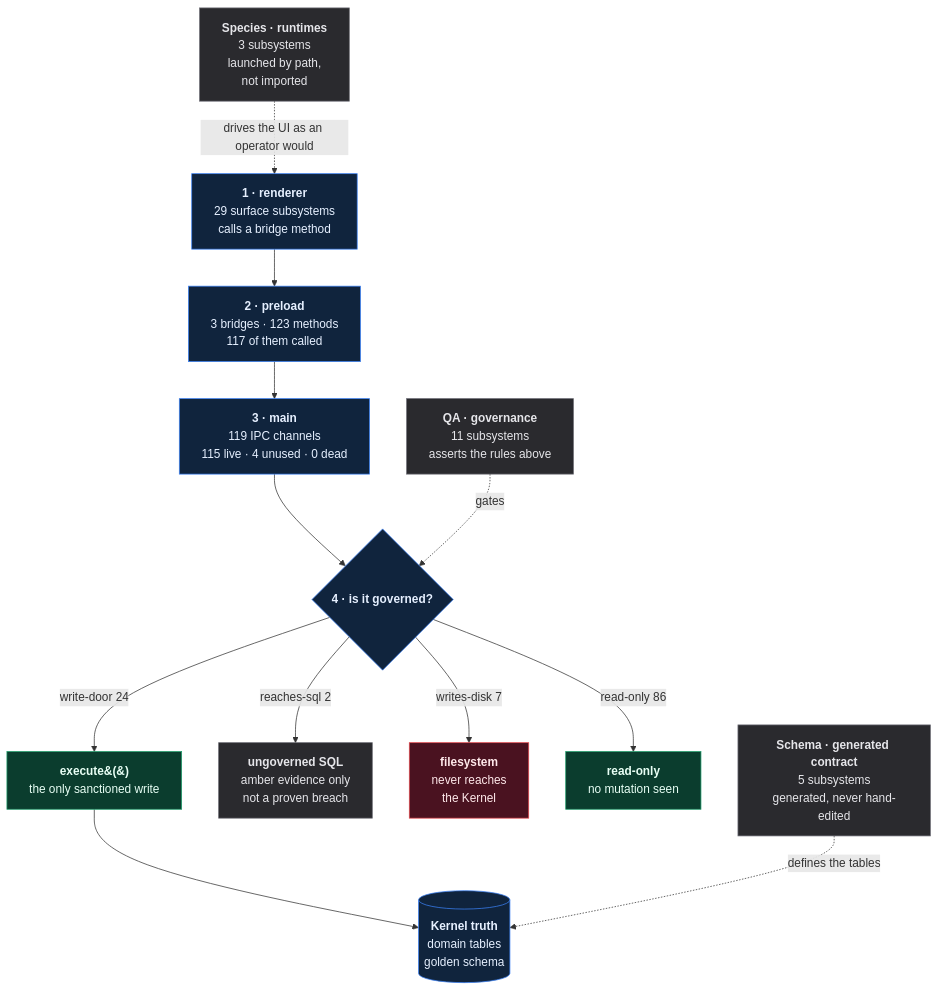
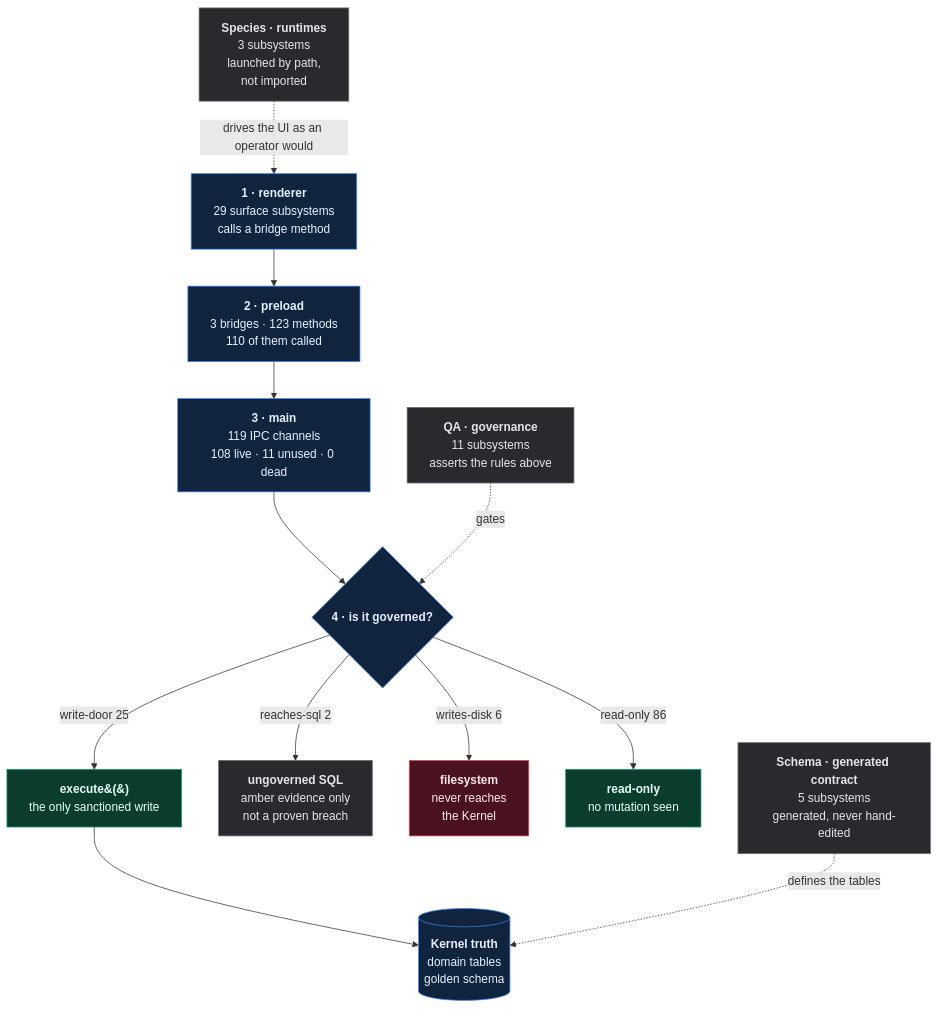
One commit to SidNig21/QuantFlow-Ontology changed the diagram in qf-atlas/ATLAS.md. Above: the diagram before and after it, drawn with Mermaid. The commit also changed other lines of this file and 115 other files, not shown here.

````diff
--- a/qf-atlas/ATLAS.md
+++ b/qf-atlas/ATLAS.md
@@ -32,35 +32,35 @@
 ```mermaid
 flowchart TD
   R["<b>1 · renderer</b><br/>29 surface subsystems<br/>calls a bridge method"]
-  P["<b>2 · preload</b><br/>3 bridges · 123 methods<br/>117 of them called"]
-  M["<b>3 · main</b><br/>119 IPC channels<br/>115 live · 4 unused · 0 dead"]
+  P["<b>2 · preload</b><br/>3 bridges · 123 methods<br/>110 of them called"]
+  M["<b>3 · main</b><br/>119 IPC channels<br/>108 live · 11 unused · 0 dead"]
   H{"<b>4 · is it governed?</b>"}
   E["<b>execute&#40;&#41;</b><br/>the only sanctioned write"]
   DB[("<b>Kernel truth</b><br/>domain tables<br/>golden schema")]
 
   R --> P --> M --> H
-  H -->|"write-door 24"| E
+  H -->|"write-door 25"| E
   E --> DB
   A["<b>ungoverned SQL</b><br/>amber evidence only<br/>not a proven breach"]
   H -->|"reaches-sql 2"| A
   FS["<b>filesystem</b><br/>never reaches<br/>the Kernel"]
-  H -->|"writes-disk 7"| FS
+  H -->|"writes-disk 6"| FS
   RO["<b>read-only</b><br/>no mutation seen"]
   H -->|"read-only 86"| RO
 
   QA["<b>QA · governance</b><br/>11 subsystems<br/>asserts the rules above"]
   SP["<b>Species · runtimes</b><br/>3 subsystems<br/>launched by path,<br/>not imported"]
   SC["<b>Schema · generated contract</b><br/>5 subsystems<br/>generated, never hand-edited"]
   QA -.->|"gates"| H
   SC -.->|"defines the tables"| DB
   SP -.->|"drives the UI as an operator would"| R
 
   classDef good fill:#0b3d2e,stroke:#1f9d6b,color:#e8fff5
   classDef bad fill:#4a1220,stroke:#e5484d,color:#ffe8ea
   classDef gray fill:#2a2a2e,stroke:#6b6b73,color:#e6e6ea
   classDef truth fill:#10243d,stroke:#3b82f6,color:#e6f0ff
   class E,RO good
   class FS bad
   class A,QA,SP,SC gray
   class DB,R,P,M,H truth
 ```
````
